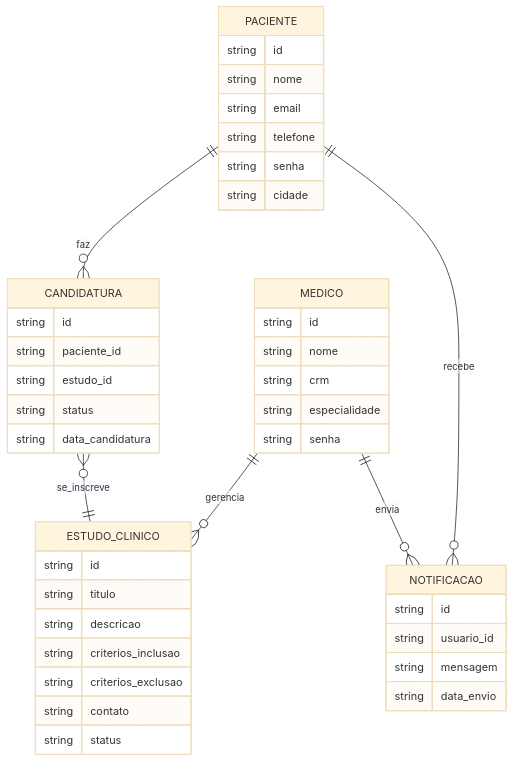
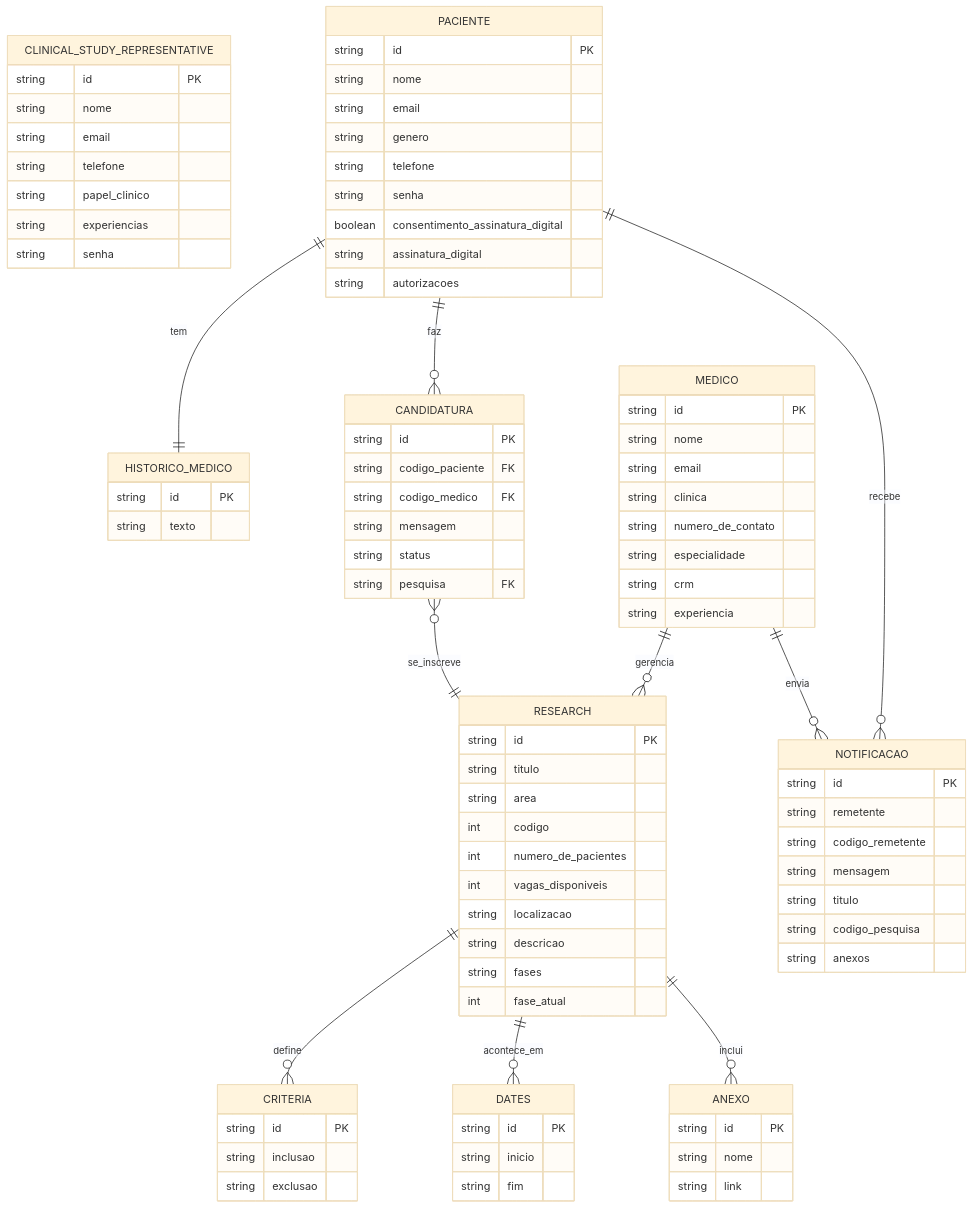
One commit to andrefilipe1310/inovamed- changed the fifth of 5 diagrams in README.md. Above: the diagram before and after it, drawn with Mermaid (base theme). The commit also changed other lines of this file, not shown here.

````diff
--- a/README.md
+++ b/README.md
@@ -245,51 +245,100 @@
 ```mermaid
 erDiagram
-    PACIENTE {
-        string id
+    CLINICAL_STUDY_REPRESENTATIVE {
+        string id PK
         string nome
         string email
         string telefone
+        string papel_clinico
+        string experiencias
         string senha
-        string cidade
+    }
+
+    RESEARCH {
+        string id PK
+        string titulo
+        string area
+        int codigo
+        int numero_de_pacientes
+        int vagas_disponiveis
+        string localizacao
+        string descricao
+        string fases
+        int fase_atual
+    }
+
+    CRITERIA {
+        string id PK
+        string inclusao
+        string exclusao
+    }
+
+    DATES {
+        string id PK
+        string inicio
+        string fim
+    }
+
+    NOTIFICACAO {
+        string id PK
+        string remetente
+        string codigo_remetente
+        string mensagem
+        string titulo
+        string codigo_pesquisa
+        string anexos
+    }
+
+    ANEXO {
+        string id PK
+        string nome
+        string link
+    }
+
+    PACIENTE {
+        string id PK
+        string nome
+        string email
+        string genero
+        string telefone
+        string senha
+        boolean consentimento_assinatura_digital
+        string assinatura_digital
+        string autorizacoes
+    }
+
+    HISTORICO_MEDICO {
+        string id PK
+        string texto
+    }
+
+    CANDIDATURA {
+        string id PK
+        string codigo_paciente FK
+        string codigo_medico FK
+        string mensagem
+        string status
+        string pesquisa FK
     }
 
     MEDICO {
-        string id
+        string id PK
         string nome
+        string email
+        string clinica
+        string numero_de_contato
+        string especialidade
         string crm
-        string especialidade
-        string senha
-    }
-
-    ESTUDO_CLINICO {
-        string id
-        string titulo
-        string descricao
-        string criterios_inclusao
-        string criterios_exclusao
-        string contato
-        string status
-    }
-
-    CANDIDATURA {
-        string id
-        string paciente_id
-        string estudo_id
-        string status
-        string data_candidatura
-    }
-
-    NOTIFICACAO {
-        string id
-        string usuario_id
-        string mensagem
-        string data_envio
+        string experiencia
     }
 
     PACIENTE ||--o{ CANDIDATURA : faz
-    CANDIDATURA }o--|| ESTUDO_CLINICO : se_inscreve
-    MEDICO ||--o{ ESTUDO_CLINICO : gerencia
+    PACIENTE ||--|| HISTORICO_MEDICO : tem
+    CANDIDATURA }o--|| RESEARCH : se_inscreve
+    MEDICO ||--o{ RESEARCH : gerencia
     MEDICO ||--o{ NOTIFICACAO : envia
     PACIENTE ||--o{ NOTIFICACAO : recebe
-
+    RESEARCH ||--o{ CRITERIA : define
+    RESEARCH ||--o{ DATES : acontece_em
+    RESEARCH ||--o{ ANEXO : inclui
 ```
````
